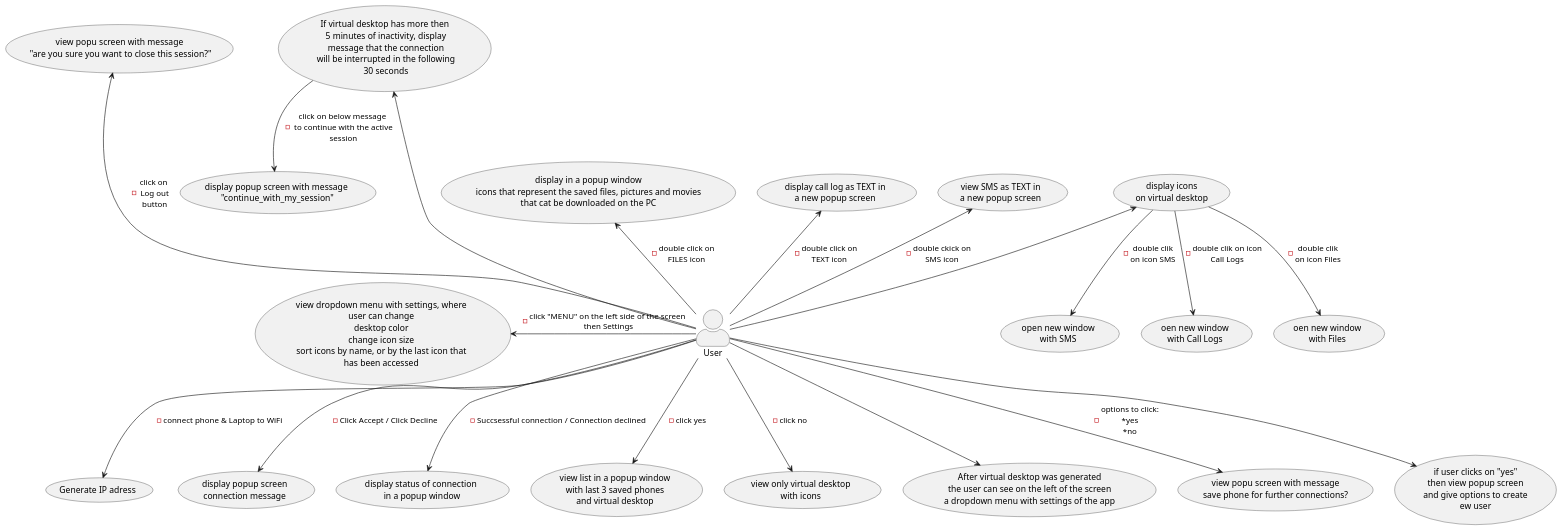
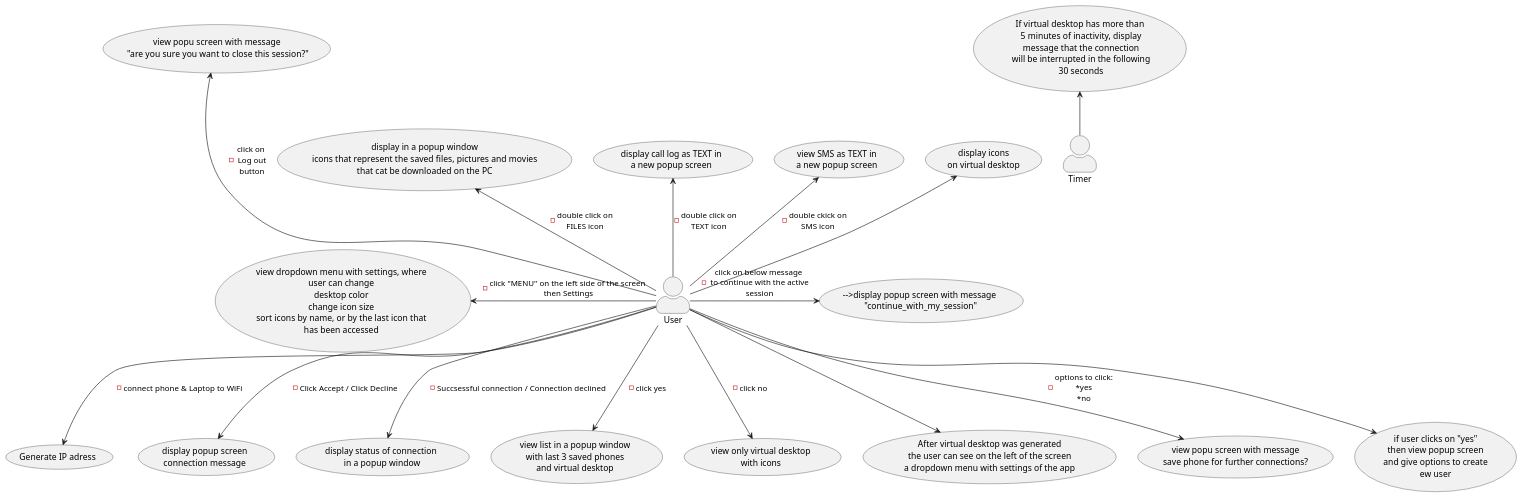
One commit to ofrasia/Remote_Phone_App_1 changed the diagram in Remote_Phone_App_1.puml. Above: the diagram before and after it, drawn with PlantUML. The commit also changed 3 other files, not shown here.

```diff
--- a/Remote_Phone_App_1.puml
+++ b/Remote_Phone_App_1.puml
@@ -1,22 +1,19 @@
 @startuml
 skinparam actorStyle awesome
 User -->(Generate IP adress) :- connect phone & Laptop to WiFi
 User --> (display popup screen\nconnection message) :- Click Accept / Click Decline
 User --> (display status of connection\n in a popup window) :- Succsessful connection / Connection declined
 User -->(view list in a popup window\nwith last 3 saved phones\nand virtual desktop) :- click yes
 User -->(view only virtual desktop\nwith icons) :- click no
 User --> (After virtual desktop was generated\nthe user can see on the left of the screen\na dropdown menu with settings of the app)
 :User: -up-> (display icons\non virtual desktop)
-(display icons\non virtual desktop) --> (open new window\nwith SMS) :-double clik \non icon SMS
-(display icons\non virtual desktop) -->(oen new window\nwith Call Logs) :-double clik on icon\nCall Logs
-(display icons\non virtual desktop) --> (oen new window\nwith Files) :-double clik \non icon Files
 :User: -up-> (view SMS as TEXT in\na new popup screen) :- double ckick on\nSMS icon
 :User: -up-> (display call log as TEXT in\na new popup screen) :- double click on\nTEXT icon
 :User: -left-> (view dropdown menu with settings, where\nuser can change\ndesktop color\nchange icon size\nsort icons by name, or by the last icon that\nhas been accessed) :- click "MENU" on the left side of the screen\n then Settings
 :User: -down-> (view popu screen with message\nsave phone for further connections?) :- options to click:\n*yes\n*no
 :User: -down-> (if user clicks on "yes"\nthen view popup screen\nand give options to create\new user)
 :User: -up-> (display in a popup window\nicons that represent the saved files, pictures and movies\nthat cat be downloaded on the PC) :-double click on\nFILES icon
-:User: -up--> (If virtual desktop has more then\n 5 minutes of inactivity, display\n message that the connection\n will be interrupted in the following\n 30 seconds)
-(If virtual desktop has more then\n 5 minutes of inactivity, display\n message that the connection\n will be interrupted in the following\n 30 seconds) -->(display popup screen with message\n "continue_with_my_session") :- click on below message\n to continue with the active\n session
+:User: -right-> (-->display popup screen with message\n "continue_with_my_session") :- click on below message\n to continue with the active\n session
+:Timer: -up-> (If virtual desktop has more than\n 5 minutes of inactivity, display\n message that the connection\n will be interrupted in the following\n 30 seconds)
 :User: -up--> (view popu screen with message\n "are you sure you want to close this session?") :- click on\n Log out\n button
 @enduml
```
